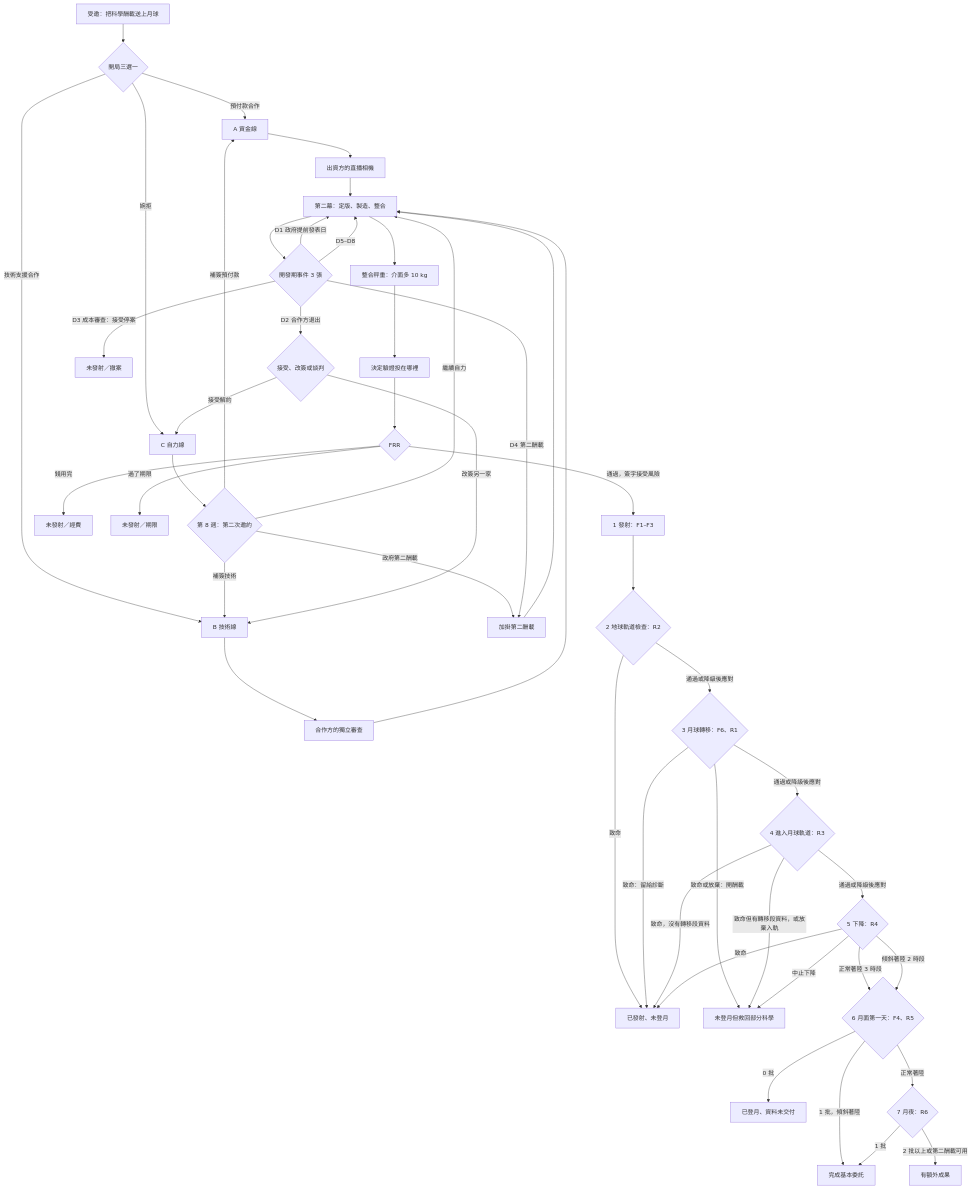
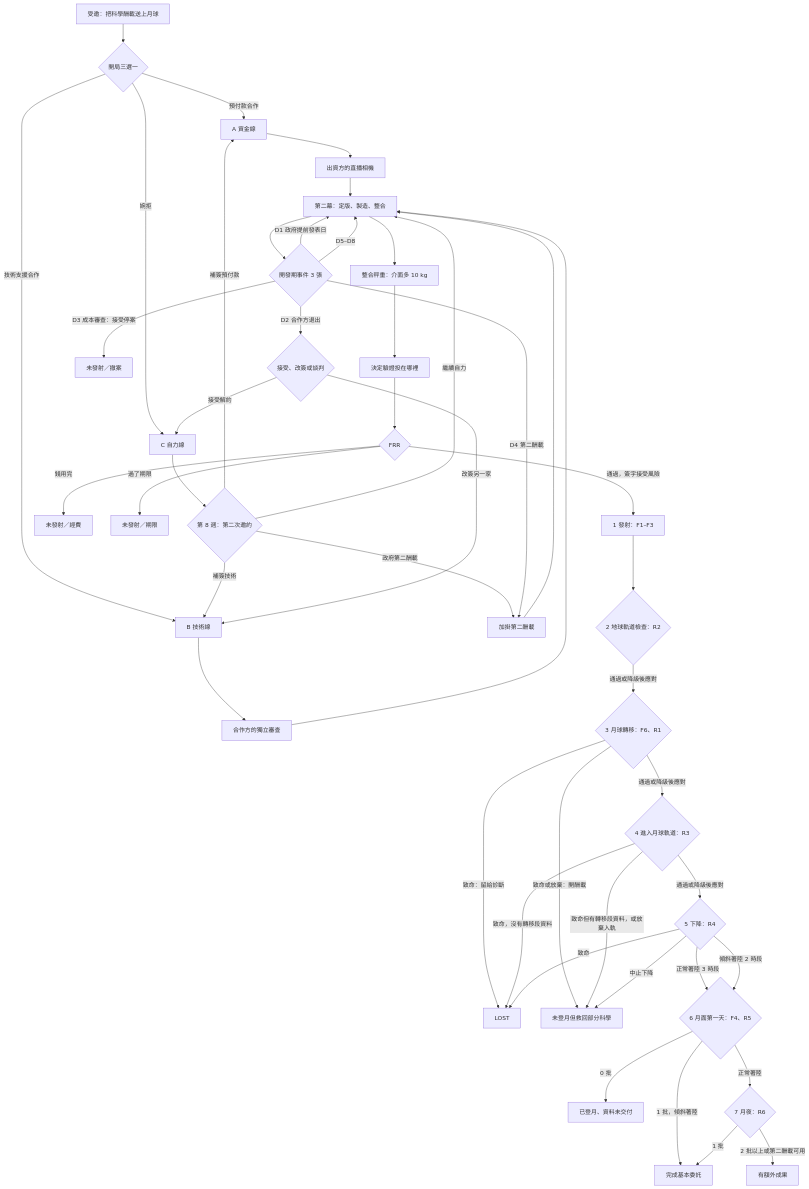
The diagram in docs/story/lunar-mission.md (Quasarc299792/2026_NASA_Space_Apps_Challenge), drawn with Mermaid before and after one commit. The commit also changed other lines of this file and 58 other files, not shown here.

````diff
--- a/docs/story/lunar-mission.md
+++ b/docs/story/lunar-mission.md
@@ -573,54 +573,53 @@
 ```mermaid
 flowchart TD
   S[受邀：把科學酬載送上月球] --> O{開局三選一}
   O -->|預付款合作| A[A 資金線]
   O -->|技術支援合作| B[B 技術線]
   O -->|婉拒| C[C 自力線]
 
   A --> AM[出資方的直播相機]
   B --> BM[合作方的獨立審查]
   C --> CM{第 8 週：第二次邀約}
   CM -->|補簽預付款| A
   CM -->|補簽技術| B
   CM -->|政府第二酬載| G[加掛第二酬載]
   CM -->|繼續自力| DEV
 
   AM --> DEV
   BM --> DEV
   G --> DEV
 
   DEV[第二幕：定版、製造、整合] --> DK{開發期事件 3 張}
   DK -->|D1 政府提前發表日| DEV
   DK -->|D2 合作方退出| X{接受、改簽或談判}
   X -->|接受解約| C
   X -->|改簽另一家| B
   DK -->|D3 成本審查：接受停案| E3[未發射／撤案]
   DK -->|D4 第二酬載| G
   DK -->|D5–D8| DEV
 
   DEV --> INT[整合秤重：介面多 10 kg]
   INT --> V[決定驗證投在哪裡]
   V --> FRR{FRR}
   FRR -->|錢用完| E2[未發射／經費]
   FRR -->|過了期限| E1[未發射／期限]
   FRR -->|通過，簽字接受風險| L[1 發射：F1–F3]
 
   L --> R2{2 地球軌道檢查：R2}
-  R2 -->|致命| LOST[已發射、未登月]
   R2 -->|通過或降級後應對| T{3 月球轉移：F6、R1}
   T -->|致命：留給診斷| LOST
   T -->|致命或放棄：開酬載| SALV[未登月但救回部分科學]
   T -->|通過或降級後應對| R3{4 進入月球軌道：R3}
   R3 -->|致命，沒有轉移段資料| LOST
   R3 -->|致命但有轉移段資料，或放棄入軌| SALV
   R3 -->|通過或降級後應對| R4{5 下降：R4}
   R4 -->|致命| LOST
   R4 -->|中止下降| SALV
   R4 -->|正常著陸 3 時段| SF{6 月面第一天：F4、R5}
   R4 -->|傾斜著陸 2 時段| SF
   SF -->|0 批| ND[已登月、資料未交付]
   SF -->|1 批，傾斜著陸| OK[完成基本委託]
   SF -->|正常著陸| N{7 月夜：R6}
   N -->|1 批| OK
   N -->|2 批以上或第二酬載可用| EX[有額外成果]
 ```
````
